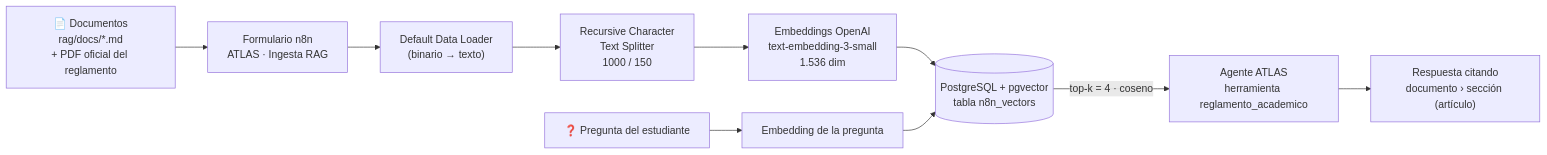
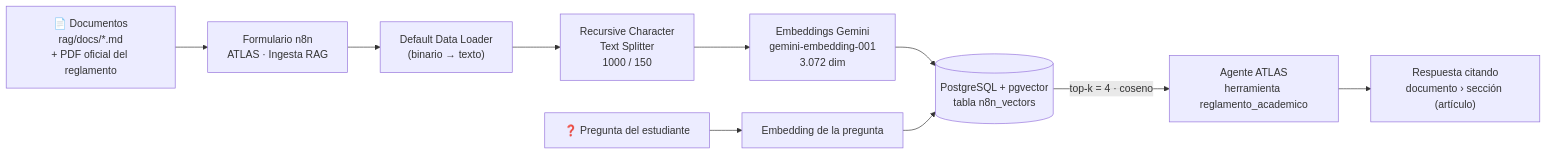
Before and after one commit to elias2111/atlas-chatbot-academico: the diagram in docs/RAG.md, drawn with Mermaid. The commit also changed other lines of this file and 11 other files, not shown here.

````diff
--- a/docs/RAG.md
+++ b/docs/RAG.md
@@ -7,11 +7,11 @@
 ```mermaid
 flowchart LR
   D["📄 Documentos<br/>rag/docs/*.md<br/>+ PDF oficial del reglamento"] --> F["Formulario n8n<br/>ATLAS · Ingesta RAG"]
   F --> L["Default Data Loader<br/>(binario → texto)"]
   L --> S["Recursive Character<br/>Text Splitter<br/>1000 / 150"]
-  S --> E["Embeddings OpenAI<br/>text-embedding-3-small<br/>1.536 dim"]
+  S --> E["Embeddings Gemini<br/>gemini-embedding-001<br/>3.072 dim"]
   E --> V[("PostgreSQL + pgvector<br/>tabla n8n_vectors")]
   Q["❓ Pregunta del estudiante"] --> QE["Embedding de la pregunta"] --> V
   V -->|"top-k = 4 · coseno"| A["Agente ATLAS<br/>herramienta reglamento_academico"]
   A --> R["Respuesta citando<br/>documento › sección (artículo)"]
 ```
````
